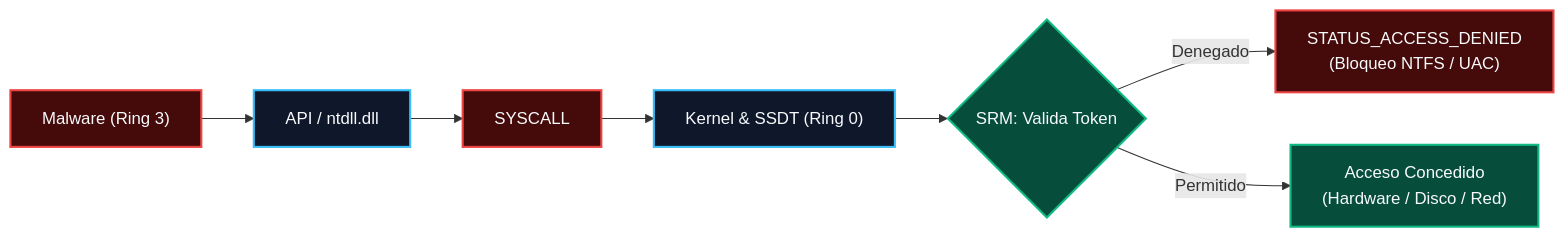
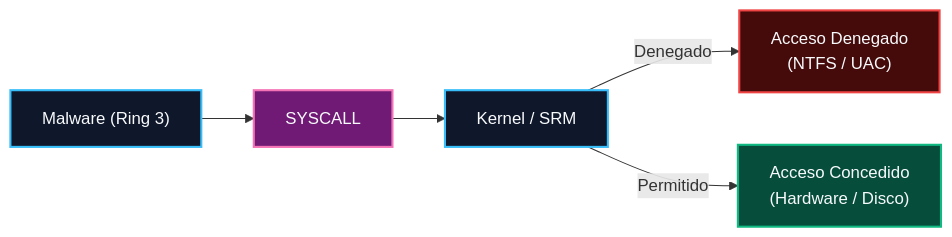
One commit to purpesec/Cybersecurity-For-Beginners changed the first of 7 diagrams in malware-analysis/01-arquitectura-windows-directorios-y-permisos/README.md. Above: the diagram before and after it, drawn with Mermaid. The commit also changed other lines of this file and 2 other files, not shown here.

Commit message:
style: redisear diagramas con pocos nodos y fuentes grandes para evitar compresion

````diff
--- a/malware-analysis/01-arquitectura-windows-directorios-y-permisos/README.md
+++ b/malware-analysis/01-arquitectura-windows-directorios-y-permisos/README.md
@@ -17,13 +17,11 @@
 ```mermaid
 flowchart LR
-    classDef vuln fill:#450a0a,stroke:#ef4444,stroke-width:2px,color:#f8fafc;
-    classDef arch fill:#0f172a,stroke:#38bdf8,stroke-width:2px,color:#f8fafc;
-    classDef sec fill:#064e3b,stroke:#10b981,stroke-width:2px,color:#f8fafc;
+    classDef proc fill:#0f172a,stroke:#38bdf8,stroke-width:2px,color:#f8fafc;
+    classDef gate fill:#701a75,stroke:#f472b6,stroke-width:2px,color:#f8fafc;
+    classDef warn fill:#450a0a,stroke:#ef4444,stroke-width:2px,color:#f8fafc;
+    classDef ok fill:#064e3b,stroke:#10b981,stroke-width:2px,color:#f8fafc;
 
-    M["Malware (Ring 3)"]:::vuln --> N["API / ntdll.dll"]:::arch
-    N --> S["SYSCALL"]:::vuln
-    S --> K["Kernel & SSDT (Ring 0)"]:::arch
-    K --> SRM{"SRM: Valida Token"}:::sec
-    SRM -- "Denegado" --> BLK["STATUS_ACCESS_DENIED\n(Bloqueo NTFS / UAC)"]:::vuln
-    SRM -- "Permitido" --> OK["Acceso Concedido\n(Hardware / Disco / Red)"]:::sec
+    M["Malware (Ring 3)"]:::proc --> S["SYSCALL"]:::gate --> K["Kernel / SRM"]:::proc
+    K -->|Denegado| BLK["Acceso Denegado\n(NTFS / UAC)"]:::warn
+    K -->|Permitido| ACT["Acceso Concedido\n(Hardware / Disco)"]:::ok
 ```
````
